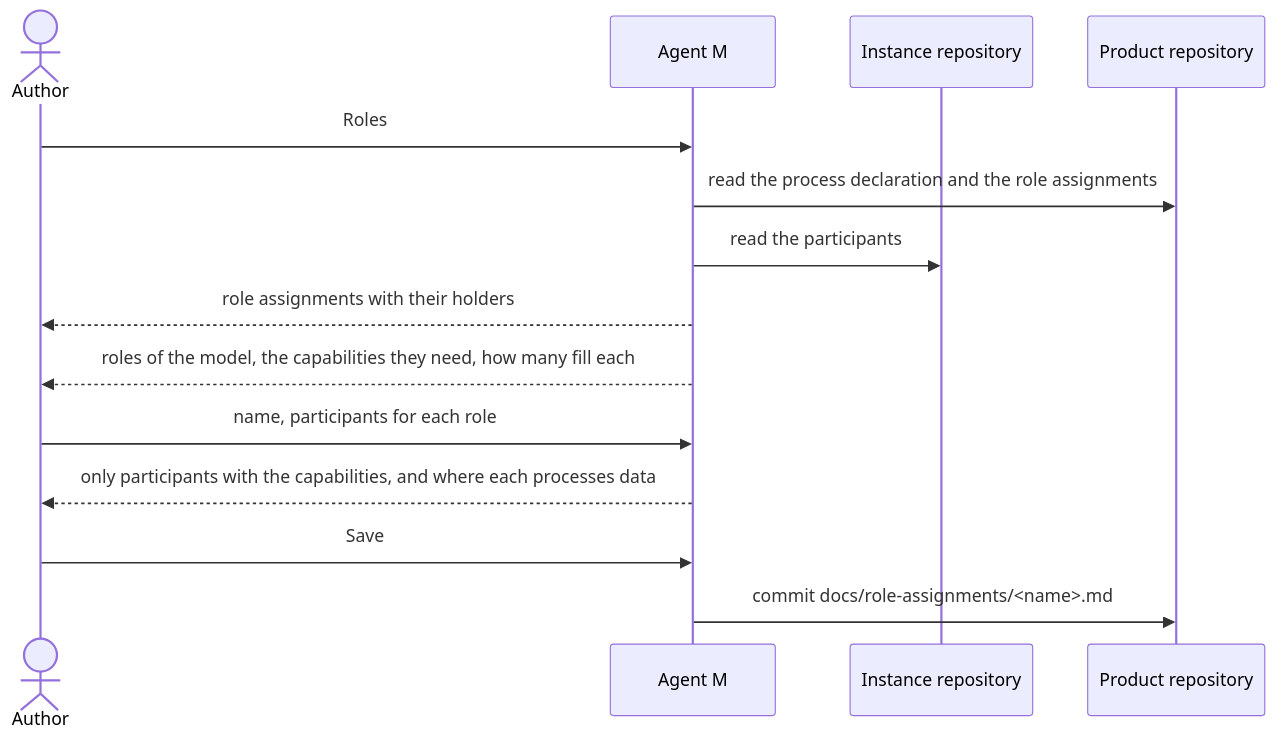
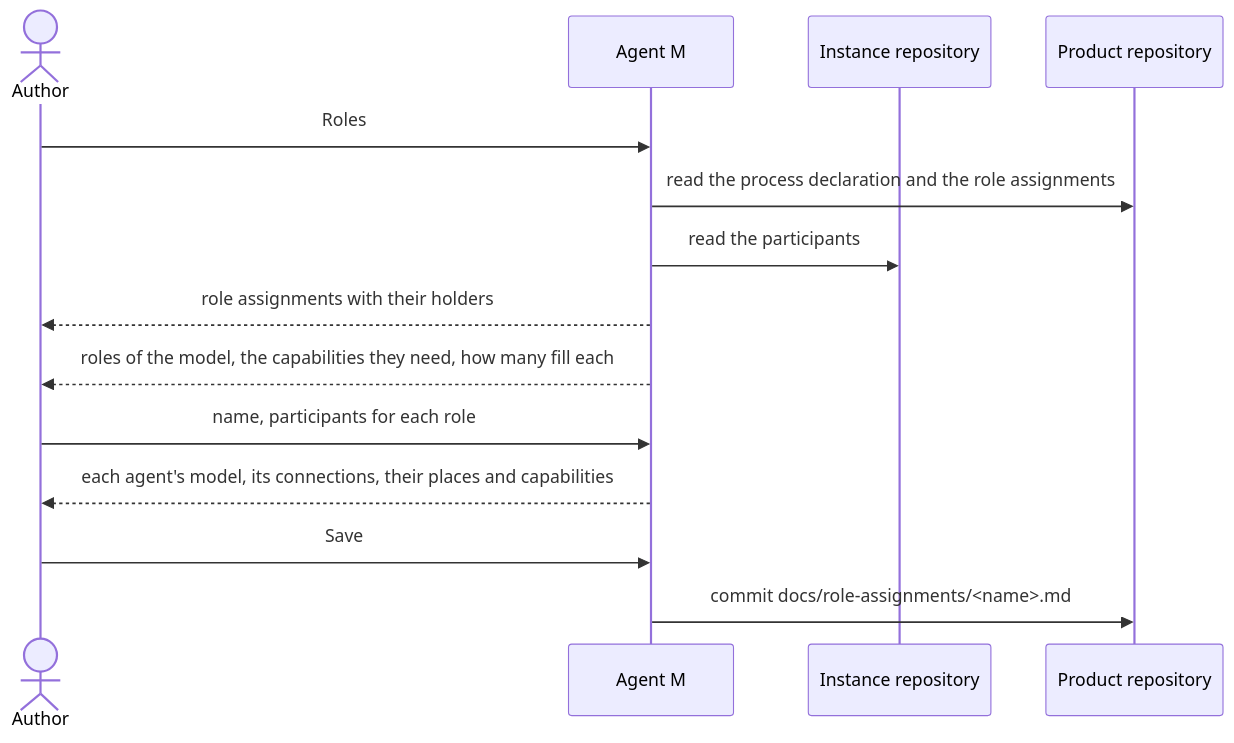
Before and after one commit to akmaier/agent-m: the diagram in docs/use-cases/UC-048-fill-the-roles.md, drawn with Mermaid. The commit also changed other lines of this file and 47 other files, not shown here.

````diff
--- a/docs/use-cases/UC-048-fill-the-roles.md
+++ b/docs/use-cases/UC-048-fill-the-roles.md
@@ -65,16 +66,16 @@
 ```mermaid
 sequenceDiagram
     actor A as Author
     participant M as Agent M
     participant I as Instance repository
     participant G as Product repository
     A->>M: Roles
     M->>G: read the process declaration and the role assignments
     M->>I: read the participants
     M-->>A: role assignments with their holders
     M-->>A: roles of the model, the capabilities they need, how many fill each
     A->>M: name, participants for each role
-    M-->>A: only participants with the capabilities, and where each processes data
+    M-->>A: each agent's model, its connections, their places and capabilities
     A->>M: Save
     M->>G: commit docs/role-assignments/<name>.md
 ```
````
